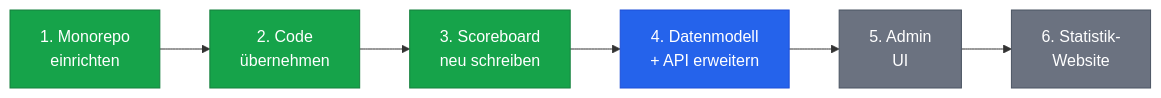
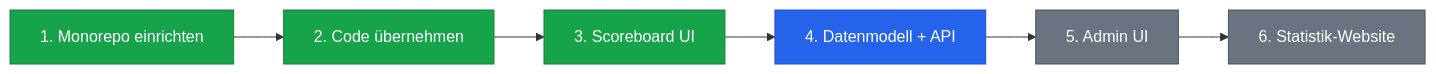
The diagram in apps/docs/src/content/docs/de/overview/plan.md (dennisfurrer/rrsb-mono), drawn with Mermaid before and after one commit. The commit also changed 13 other files, not shown here.

````diff
--- a/apps/docs/src/content/docs/de/overview/plan.md
+++ b/apps/docs/src/content/docs/de/overview/plan.md
@@ -8,15 +8,15 @@
 ```mermaid
 flowchart LR
-    A["1. Monorepo\neinrichten"]:::done
-    B["2. Code\nübernehmen"]:::done
-    C["3. Scoreboard\nneu schreiben"]:::done
-    D["4. Datenmodell\n+ API erweitern"]:::next
-    E["5. Admin\nUI"]:::planned
-    F["6. Statistik-\nWebsite"]:::planned
+    A[1. Monorepo einrichten]:::done
+    B[2. Code übernehmen]:::done
+    C[3. Scoreboard UI]:::done
+    D[4. Datenmodell + API]:::next
+    E[5. Admin UI]:::planned
+    F[6. Statistik-Website]:::planned
 
     A --> B --> C --> D --> E --> F
 
     classDef done fill:#16a34a,color:#fff,stroke:#15803d
     classDef next fill:#2563eb,color:#fff,stroke:#1d4ed8
     classDef planned fill:#6b7280,color:#fff,stroke:#4b5563
 ```
````
